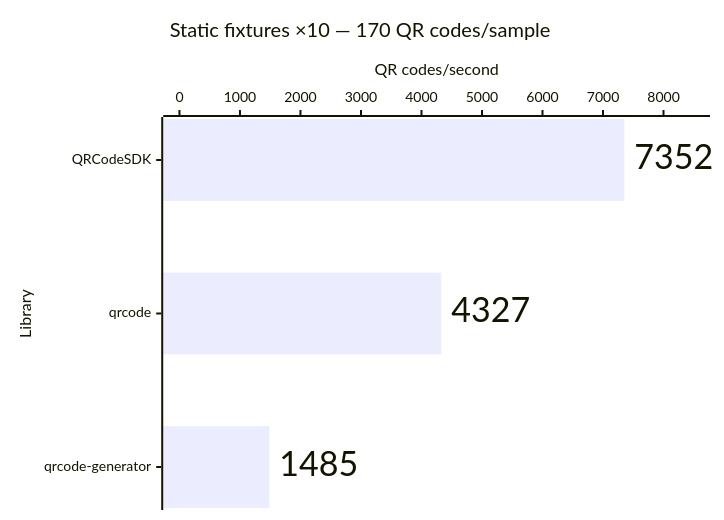
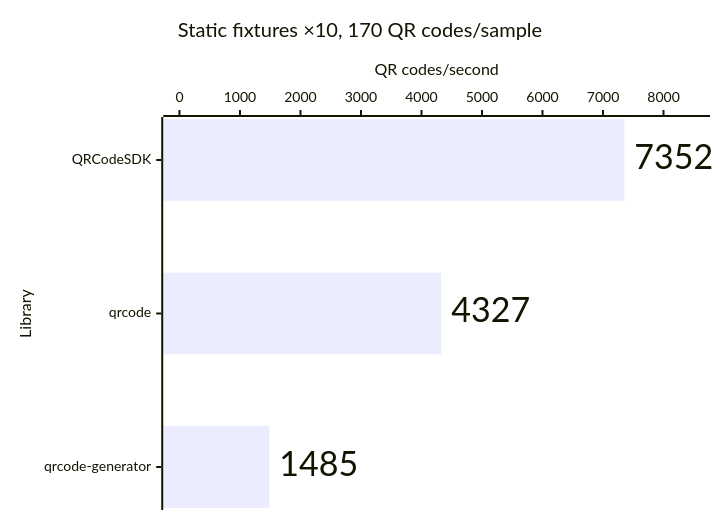
Before and after one commit to Dafnik/qrcodesdk: the ninth of 14 diagrams in apps/docs/src/content/docs/learn/performance.md, drawn with Mermaid. The commit also changed other lines of this file and 86 other files, not shown here.

````diff
--- a/apps/docs/src/content/docs/learn/performance.md
+++ b/apps/docs/src/content/docs/learn/performance.md
@@ -198,15 +198,15 @@
 ```mermaid
 ---
 config:
   xyChart:
     showDataLabel: true
     showDataLabelOutsideBar: true
 ---
 xychart horizontal
-  accTitle: SVG generation: Static fixtures ×10 — 170 QR codes/sample
+  accTitle: SVG generation, Static fixtures ×10, 170 QR codes/sample
   accDescr: Throughput calculated from median time. QRCodeSDK 7,352 QR codes per second, qrcode 4,327 QR codes per second, qrcode-generator 1,485 QR codes per second. Higher is better.
-  title "Static fixtures ×10 — 170 QR codes/sample"
+  title "Static fixtures ×10, 170 QR codes/sample"
   x-axis "Library" ["QRCodeSDK", "qrcode", "qrcode-generator"]
   y-axis "QR codes/second" 0 --> 8500
   bar [7352, 4327, 1485]
 ```
````
